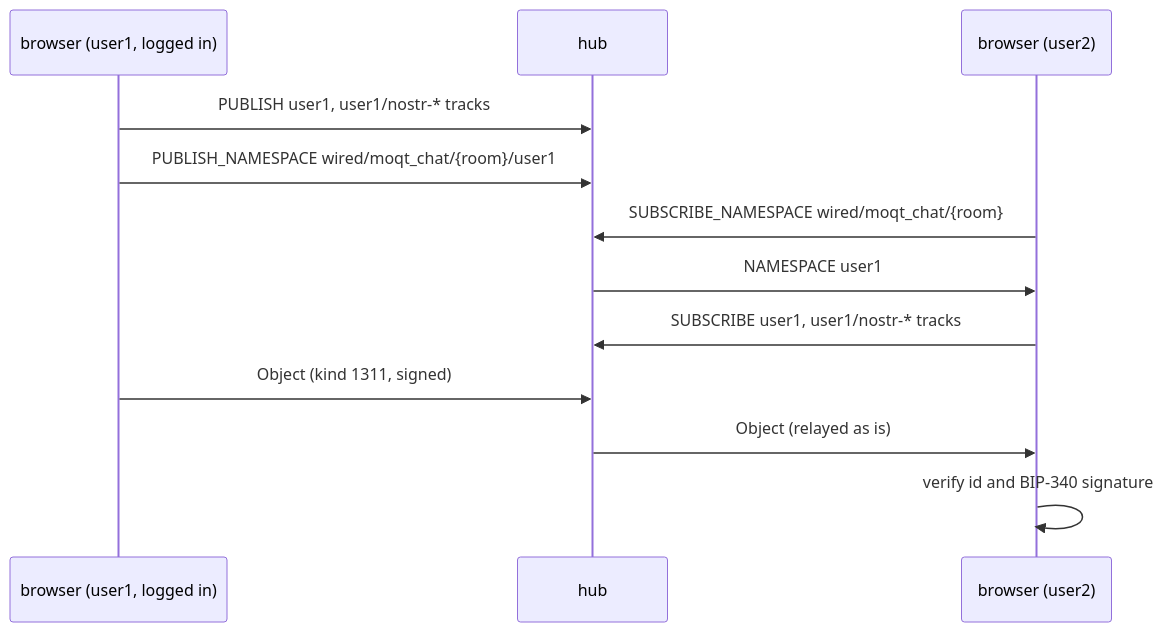
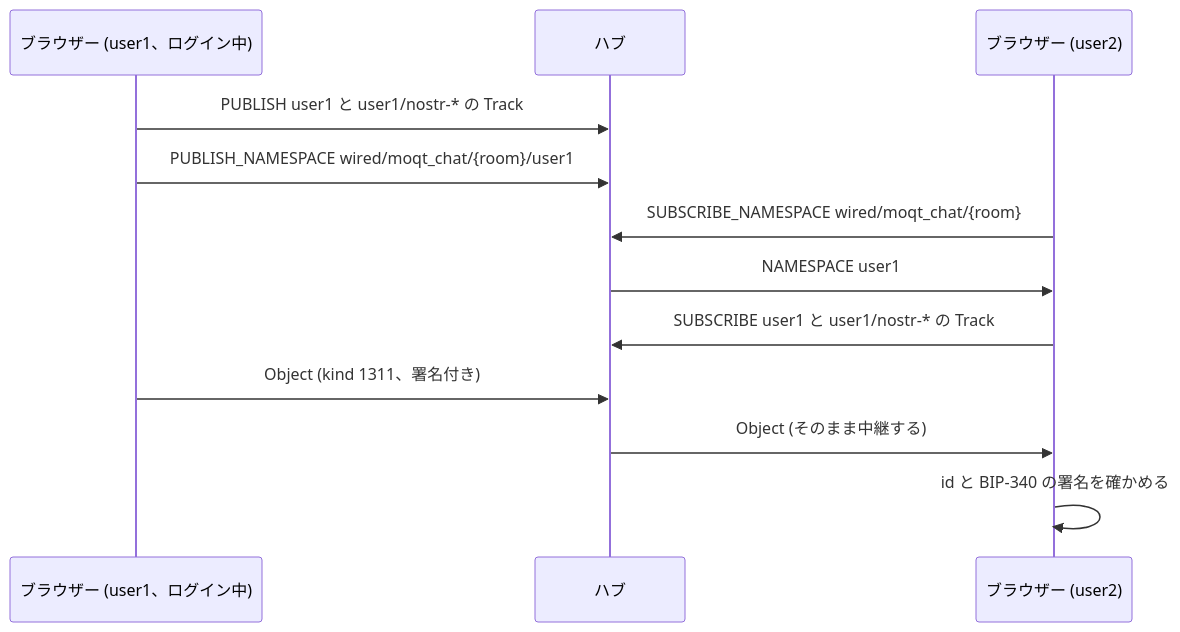
The fourth of 6 diagrams in examples/moqt_chat/README.md (Hakkadaikon/wired), drawn with Mermaid before and after one commit. The commit also changed other lines of this file, not shown here.

First line of the commit message:
docs(moqt_chat): Japanese labels in the README diagrams

````diff
--- a/examples/moqt_chat/README.md
+++ b/examples/moqt_chat/README.md
@@ -108,14 +108,14 @@
 ```mermaid
 sequenceDiagram
-    participant A as browser (user1, logged in)
-    participant H as hub
-    participant B as browser (user2)
-    A->>H: PUBLISH user1, user1/nostr-* tracks
+    participant A as ブラウザー (user1、ログイン中)
+    participant H as ハブ
+    participant B as ブラウザー (user2)
+    A->>H: PUBLISH user1 と user1/nostr-* の Track
     A->>H: PUBLISH_NAMESPACE wired/moqt_chat/{room}/user1
     B->>H: SUBSCRIBE_NAMESPACE wired/moqt_chat/{room}
     H->>B: NAMESPACE user1
-    B->>H: SUBSCRIBE user1, user1/nostr-* tracks
-    A->>H: Object (kind 1311, signed)
-    H->>B: Object (relayed as is)
-    B->>B: verify id and BIP-340 signature
+    B->>H: SUBSCRIBE user1 と user1/nostr-* の Track
+    A->>H: Object (kind 1311、署名付き)
+    H->>B: Object (そのまま中継する)
+    B->>B: id と BIP-340 の署名を確かめる
 ```
````
